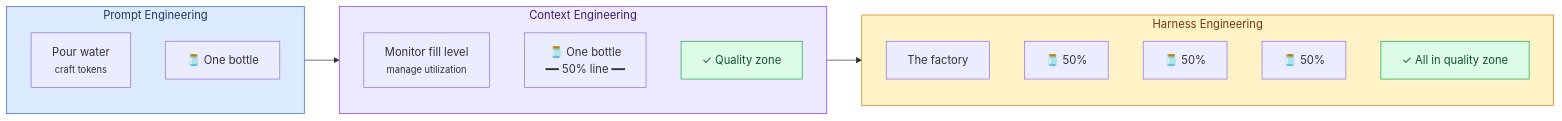
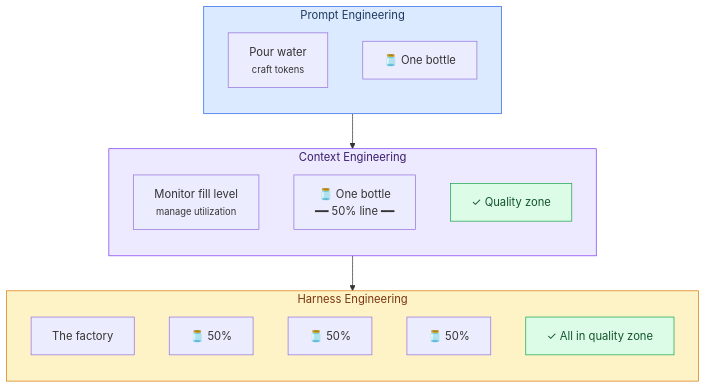
The third of 7 diagrams in README.md (emingenc/harness-engineering), drawn with Mermaid before and after one commit. The commit also changed 1 other file, not shown here.

Commit message:
docs: update water bottle diagram layout and add MIT License

````diff
--- a/README.md
+++ b/README.md
@@ -94,32 +94,32 @@
 ```mermaid
-graph LR
+graph TB
     subgraph PE_COL["Prompt Engineering"]
         direction TB
         POUR["Pour water<br/><small>craft tokens</small>"]
         BOTTLE1["🫙 One bottle"]
     end
 
     subgraph CE_COL["Context Engineering"]
         direction TB
         LEVEL["Monitor fill level<br/><small>manage utilization</small>"]
         BOTTLE2["🫙 One bottle<br/>━━ 50% line ━━"]
         QZ1["✓ Quality zone"]
     end
 
     subgraph HE_COL["Harness Engineering"]
         direction TB
         FACTORY["The factory"]
         B1["🫙 50%"]
         B2["🫙 50%"]
         B3["🫙 50%"]
         QZ2["✓ All in quality zone"]
     end
 
     PE_COL --> CE_COL --> HE_COL
 
     style PE_COL fill:#dbeafe,stroke:#2563eb,color:#1e3a5f
     style CE_COL fill:#ede9fe,stroke:#7c3aed,color:#3b1d6e
     style HE_COL fill:#fef3c7,stroke:#d97706,color:#78350f
     style QZ1 fill:#dcfce7,stroke:#16a34a,color:#14532d
     style QZ2 fill:#dcfce7,stroke:#16a34a,color:#14532d
 ```
````
